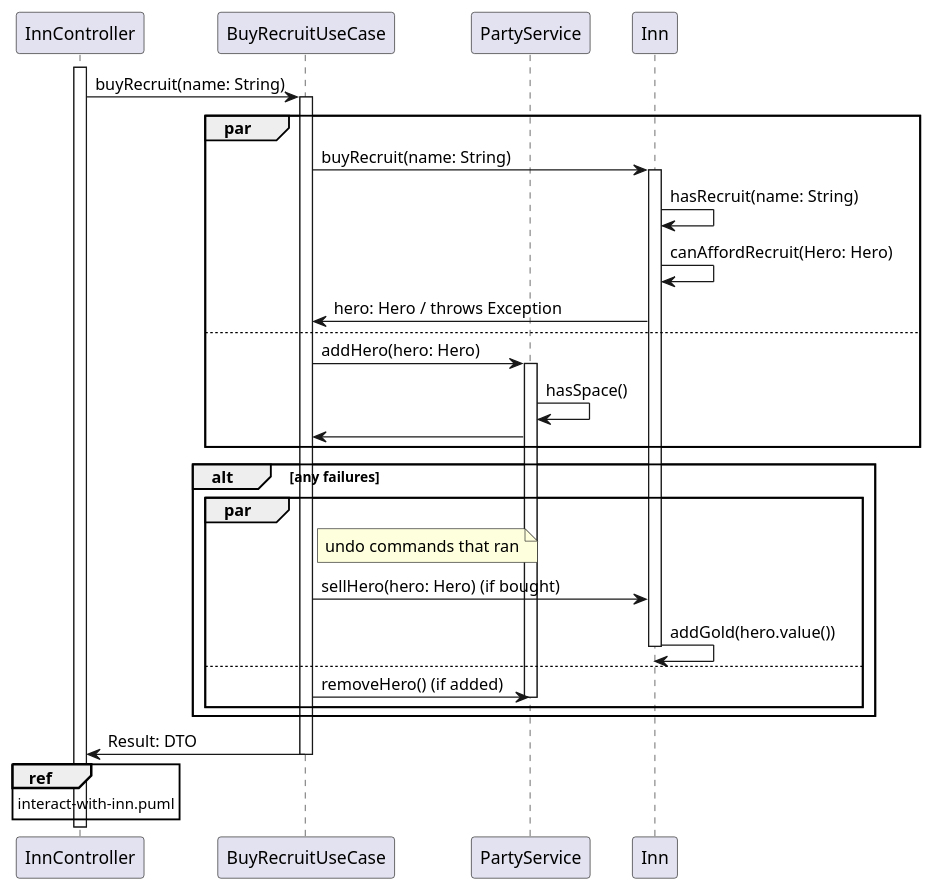
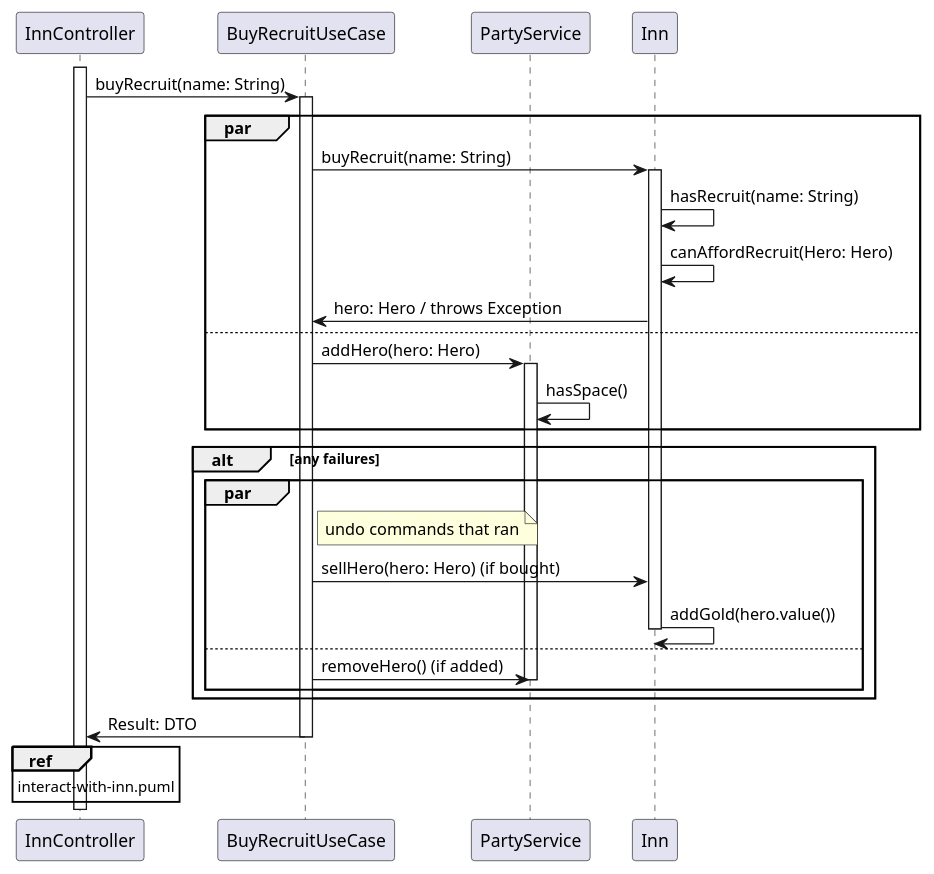
Before and after one commit to JosefG50/2203-Legends-of-Sword-and-Wand: the diagram in rpg-legends/docs/uml/services/campaign-progression/sequence/buy-recruit.puml, drawn with PlantUML. The commit also changed 2 other files, not shown here.

Commit message:
[feat] imported all methods from seqeunce diagram

```diff
--- a/rpg-legends/docs/uml/services/campaign-progression/sequence/buy-recruit.puml
+++ b/rpg-legends/docs/uml/services/campaign-progression/sequence/buy-recruit.puml
@@ -1,45 +1,44 @@
 @startuml BuyRecruitUseCase
 participant InnController
 participant BuyRecruitUseCase
 participant PartyService
 participant Inn
 
 activate InnController
 InnController -> BuyRecruitUseCase: buyRecruit(name: String)
 activate BuyRecruitUseCase
 
 par
 BuyRecruitUseCase -> Inn: buyRecruit(name: String)
 activate Inn
 Inn -> Inn: hasRecruit(name: String)
 Inn -> Inn: canAffordRecruit(Hero: Hero)
 Inn -> BuyRecruitUseCase: hero: Hero / throws Exception
 
 else
 BuyRecruitUseCase -> PartyService: addHero(hero: Hero)
 activate PartyService
 PartyService -> PartyService: hasSpace()
-PartyService -> BuyRecruitUseCase: 
 end
 
 alt any failures 
 par
     note right of BuyRecruitUseCase: undo commands that ran
 
 BuyRecruitUseCase -> Inn: sellHero(hero: Hero) (if bought)
 Inn -> Inn: addGold(hero.value())
 deactivate Inn
 
 else 
 BuyRecruitUseCase -> PartyService: removeHero() (if added)
 deactivate PartyService
 
 end 
 end
 BuyRecruitUseCase -> InnController: Result: DTO
 deactivate BuyRecruitUseCase
 
 
 ref over InnController: interact-with-inn.puml
 
 @enduml
```
